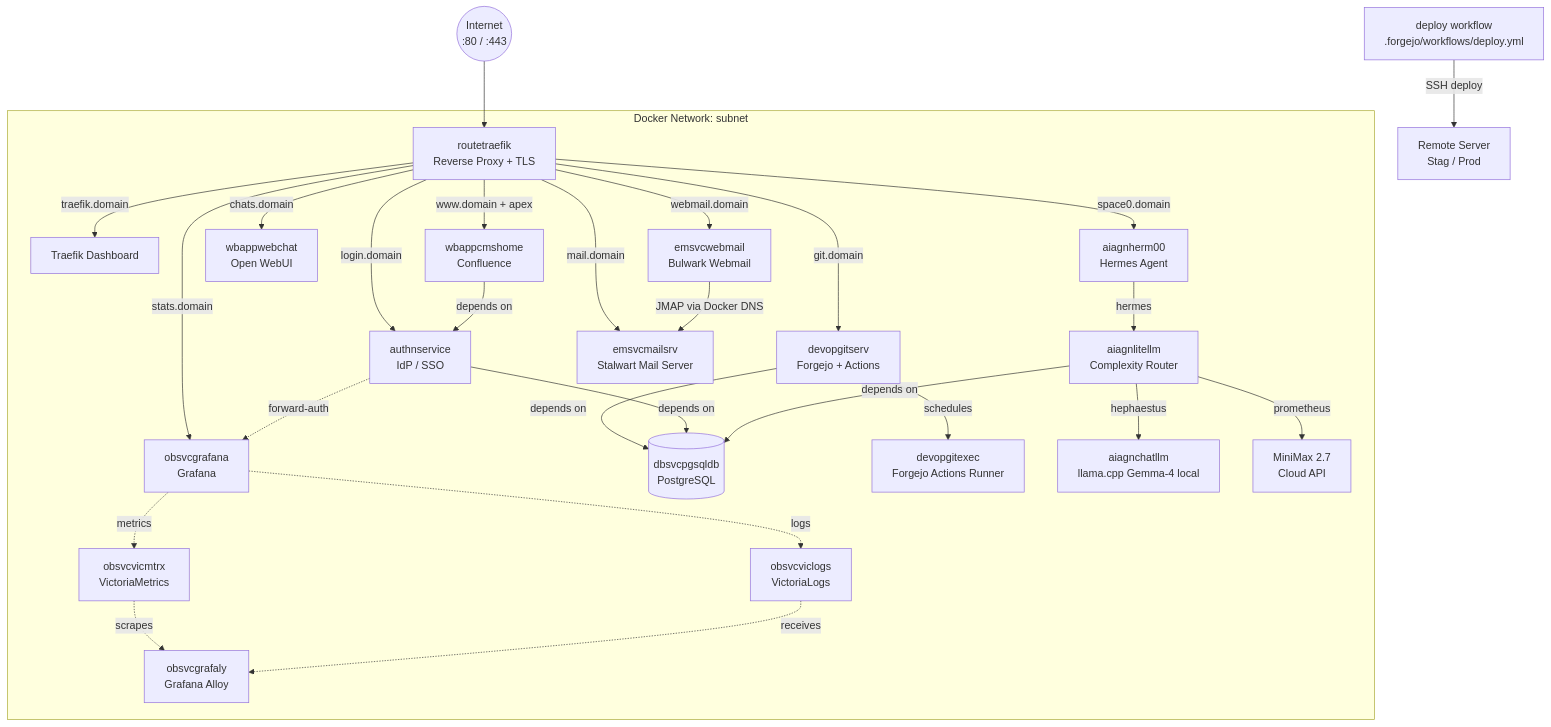
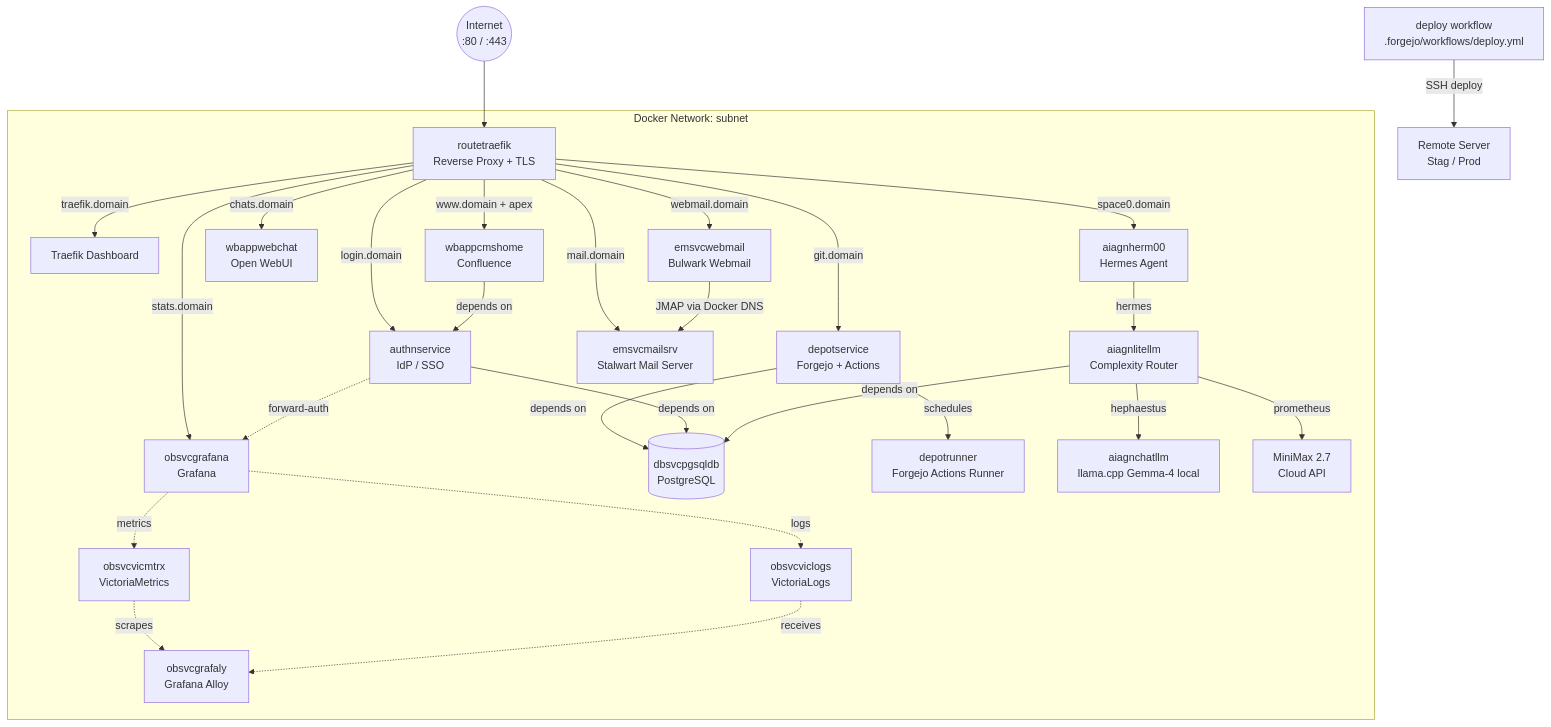
One commit to yongxinL/servicehub changed the first of 2 diagrams in README.md. Above: the diagram before and after it, drawn with Mermaid. The commit also changed other lines of this file and 10 other files, not shown here.

````diff
--- a/README.md
+++ b/README.md
@@ -44,34 +44,34 @@
 ```mermaid
 graph TD
     Internet((Internet\n:80 / :443))
     Internet --> Traefik
 
     subgraph subnet[Docker Network: subnet]
         Traefik[routetraefik\nReverse Proxy + TLS]
         Traefik -->|traefik.domain| Dashboard[Traefik Dashboard]
         Traefik -->|login.domain| Authentik[authnservice\nIdP / SSO]
-        Traefik -->|git.domain| Forgejo[devopgitserv\nForgejo + Actions]
+        Traefik -->|git.domain| Forgejo[depotservice\nForgejo + Actions]
         Traefik -->|www.domain + apex| Confluence[wbappcmshome\nConfluence]
         Traefik -->|chats.domain| OpenWebUI[wbappwebchat\nOpen WebUI]
         Traefik -->|space0.domain| Hermes[aiagnherm00\nHermes Agent]
         Traefik -->|stats.domain| Grafana[obsvcgrafana\nGrafana]
         Traefik -->|mail.domain| Stalwart[emsvcmailsrv\nStalwart Mail Server]
         Traefik -->|webmail.domain| Bulwark[emsvcwebmail\nBulwark Webmail]
         Bulwark -->|JMAP via Docker DNS| Stalwart
         Authentik -.->|forward-auth| Grafana
         Forgejo -->|depends on| PostgreSQL[(dbsvcpgsqldb\nPostgreSQL)]
         Authentik -->|depends on| PostgreSQL
         Confluence -->|depends on| Authentik
-        Forgejo -->|schedules| Runner[devopgitexec\nForgejo Actions Runner]
+        Forgejo -->|schedules| Runner[depotrunner\nForgejo Actions Runner]
         Hermes -->|hermes| LiteLLM[aiagnlitellm\nComplexity Router]
         LiteLLM -->|depends on| PostgreSQL
         LiteLLM -->|hephaestus| Gemma[aiagnchatllm\nllama.cpp Gemma-4 local]
         LiteLLM -->|prometheus| MiniMax[MiniMax 2.7\nCloud API]
         Grafana -.->|metrics| VM[obsvcvicmtrx\nVictoriaMetrics]
         Grafana -.->|logs| VL[obsvcviclogs\nVictoriaLogs]
         VM -.->|scrapes| Alloy[obsvcgrafaly\nGrafana Alloy]
         VL -.->|receives| Alloy
     end
 
     WPDeploy[deploy workflow\n.forgejo/workflows/deploy.yml] -->|SSH deploy| RemoteServer[Remote Server\nStag / Prod]
 ```
````
